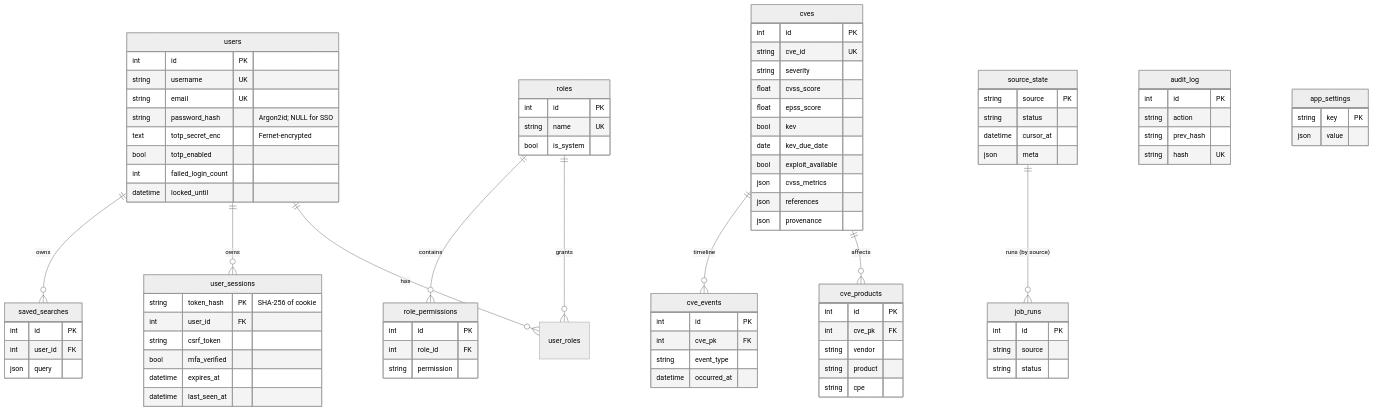
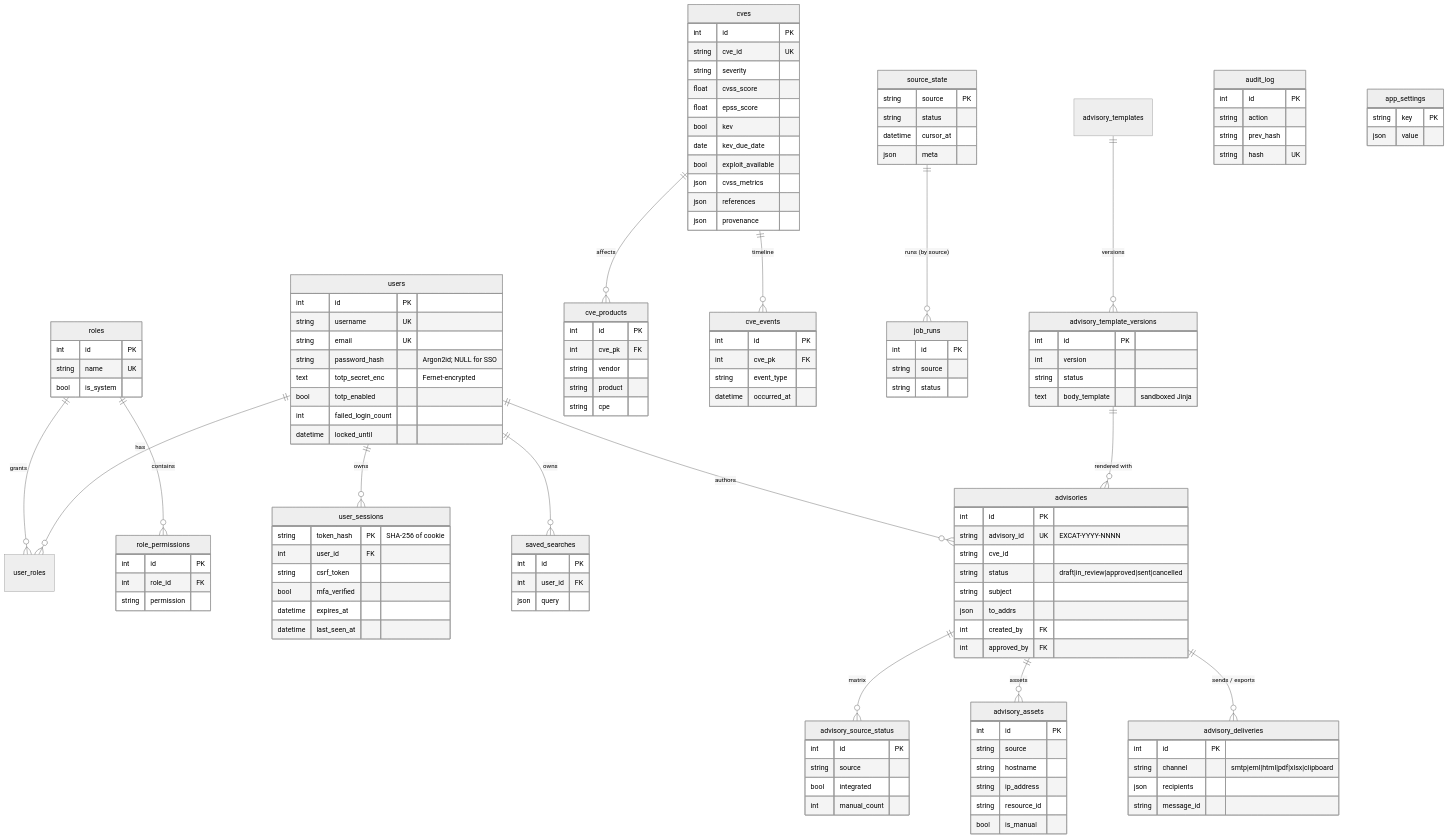
Before and after one commit to mudigondabhanu85/exposurecatalyst: the diagram in docs/architecture/data-model.md, drawn with Mermaid (neutral theme). The commit also changed other lines of this file and 13 other files, not shown here.

```diff
--- a/docs/architecture/data-model.md
+++ b/docs/architecture/data-model.md
@@ -16,6 +16,38 @@
     cves ||--o{ cve_products : affects
     cves ||--o{ cve_events : timeline
     source_state ||--o{ job_runs : "runs (by source)"
+    advisory_templates ||--o{ advisory_template_versions : versions
+    advisory_template_versions ||--o{ advisories : "rendered with"
+    advisories ||--o{ advisory_source_status : matrix
+    advisories ||--o{ advisory_assets : assets
+    advisories ||--o{ advisory_deliveries : "sends / exports"
+    users ||--o{ advisories : authors
+    advisories { int id PK
+      string advisory_id UK "EXCAT-YYYY-NNNN"
+      string cve_id
+      string status "draft|in_review|approved|sent|cancelled"
+      string subject
+      json to_addrs
+      int created_by FK
+      int approved_by FK }
+    advisory_template_versions { int id PK
+      int version
+      string status
+      text body_template "sandboxed Jinja" }
+    advisory_source_status { int id PK
+      string source
+      bool integrated
+      int manual_count }
+    advisory_assets { int id PK
+      string source
+      string hostname
+      string ip_address
+      string resource_id
+      bool is_manual }
+    advisory_deliveries { int id PK
+      string channel "smtp|eml|html|pdf|xlsx|clipboard"
+      json recipients
+      string message_id }
     users {
       int id PK
       string username UK
```
